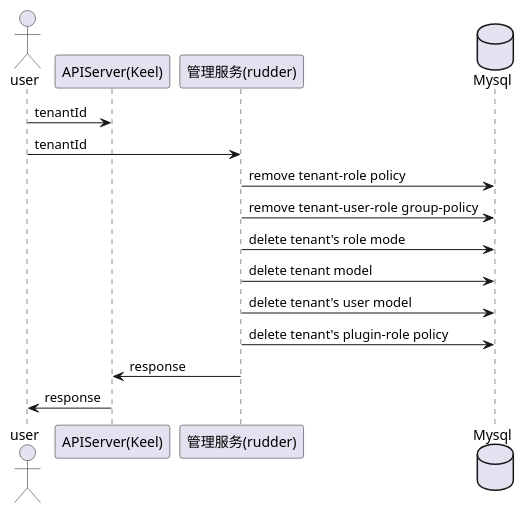
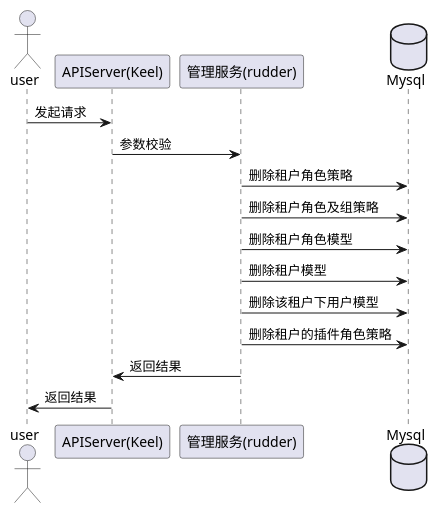
One commit to tkeel-io/docs changed the third of 6 diagrams in docs/api/appendix/plantuml/tenant-manager-admin.md. Above: the diagram before and after it, drawn with PlantUML. The commit also changed other lines of this file, not shown here.

Commit message:
docs: translate tenant-manager-admin.md from en to zh

````diff
--- a/docs/api/appendix/plantuml/tenant-manager-admin.md
+++ b/docs/api/appendix/plantuml/tenant-manager-admin.md
@@ -41,17 +42,17 @@
 ```plantuml
 actor user
 participant "APIServer(Keel)"  as keel
 participant "管理服务(rudder)"  as tenantService
 database "Mysql" as rbacOp
 
-user->keel:tenantId
-user->tenantService:tenantId
-tenantService->rbacOp:remove tenant-role policy
-tenantService->rbacOp:remove tenant-user-role group-policy
-tenantService->rbacOp:delete tenant's role mode
-tenantService->rbacOp:delete tenant model
-tenantService->rbacOp:delete tenant's user model
-tenantService->rbacOp:delete tenant's plugin-role policy
-tenantService->keel:response
-keel->user:response
+user->keel: 发起请求
+keel->tenantService: 参数校验
+tenantService->rbacOp: 删除租户角色策略
+tenantService->rbacOp: 删除租户角色及组策略
+tenantService->rbacOp: 删除租户角色模型
+tenantService->rbacOp: 删除租户模型
+tenantService->rbacOp: 删除该租户下用户模型
+tenantService->rbacOp: 删除租户的插件角色策略
+tenantService->keel: 返回结果
+keel->user: 返回结果
 ```
````
